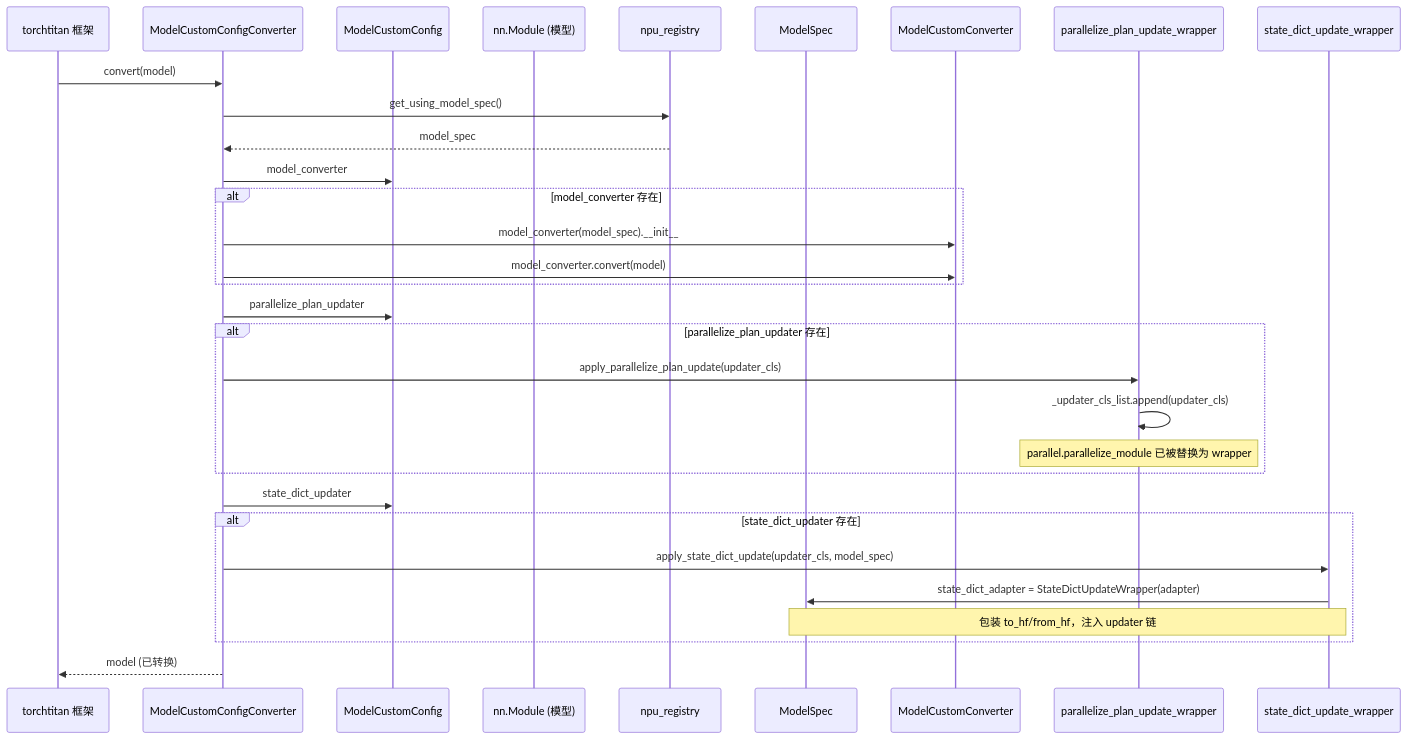
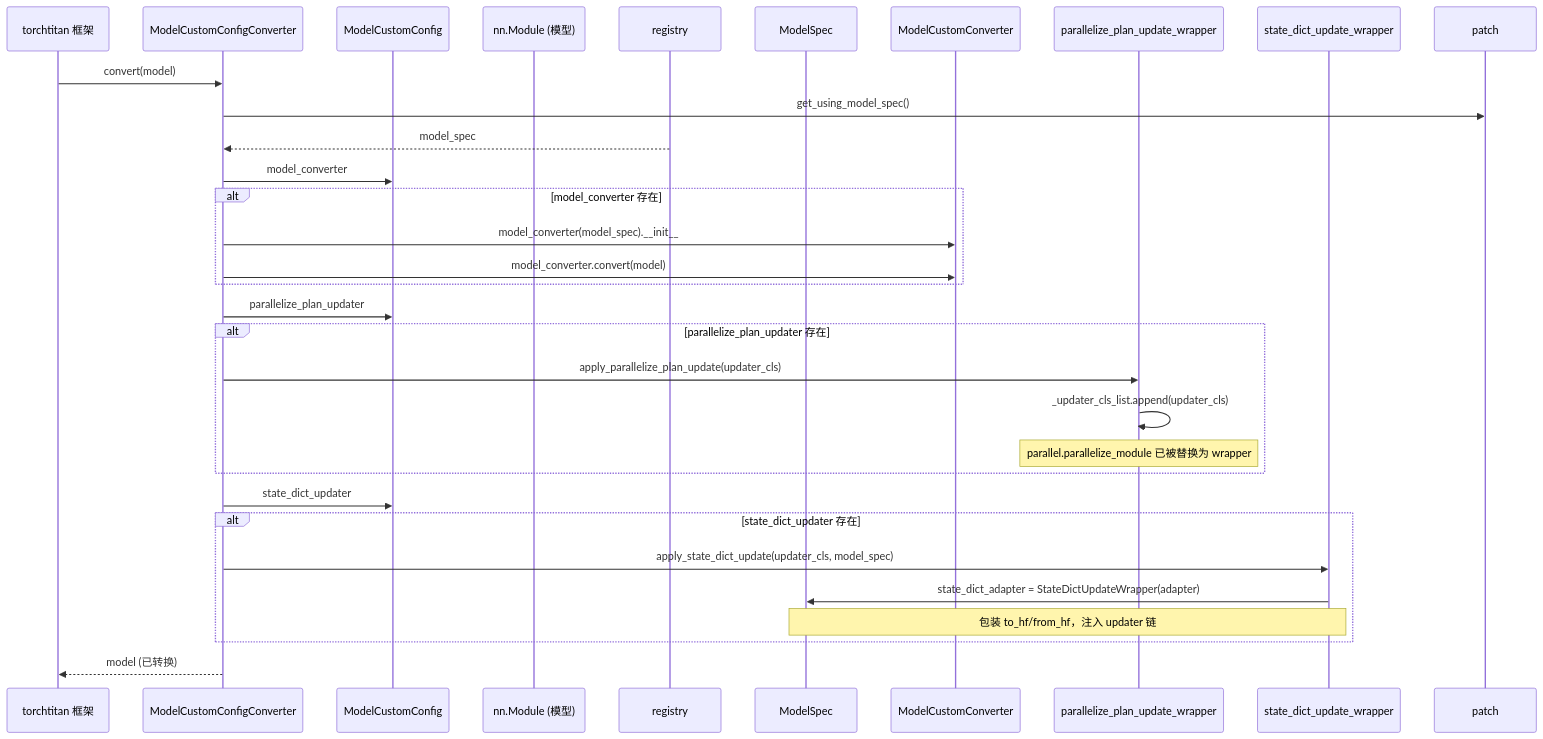
One commit to botcanlearn/torchtitan-npu-upstream changed the fourth of 6 diagrams in docs/feature_guides/model_custom.md. Above: the diagram before and after it, drawn with Mermaid. The commit also changed other lines of this file and 34 other files, not shown here.

````diff
--- a/docs/feature_guides/model_custom.md
+++ b/docs/feature_guides/model_custom.md
@@ -380,39 +384,39 @@
 ```mermaid
 sequenceDiagram
     participant tt as torchtitan 框架
     participant mcc as ModelCustomConfigConverter
     participant config as ModelCustomConfig
     participant model as nn.Module (模型)
-    participant reg as npu_registry
+    participant reg as registry
     participant spec as ModelSpec
     participant cmc as ModelCustomConverter
     participant lpw as parallelize_plan_update_wrapper
     participant sdw as state_dict_update_wrapper
 
     tt->>mcc: convert(model)
 
-    mcc->>reg: get_using_model_spec()
+    mcc->>patch: get_using_model_spec()
     reg-->>mcc: model_spec
 
     mcc->>config: model_converter
     alt model_converter 存在
         mcc->>cmc: model_converter(model_spec).__init__
         mcc->>cmc: model_converter.convert(model)
     end
 
     mcc->>config: parallelize_plan_updater
     alt parallelize_plan_updater 存在
         mcc->>lpw: apply_parallelize_plan_update(updater_cls)
         lpw->>lpw: _updater_cls_list.append(updater_cls)
         Note over lpw: parallel.parallelize_module 已被替换为 wrapper
     end
 
     mcc->>config: state_dict_updater
     alt state_dict_updater 存在
         mcc->>sdw: apply_state_dict_update(updater_cls, model_spec)
         sdw->>spec: state_dict_adapter = StateDictUpdateWrapper(adapter)
         Note over sdw,spec: 包装 to_hf/from_hf，注入 updater 链
     end
 
     mcc-->>tt: model (已转换)
 ```
````
